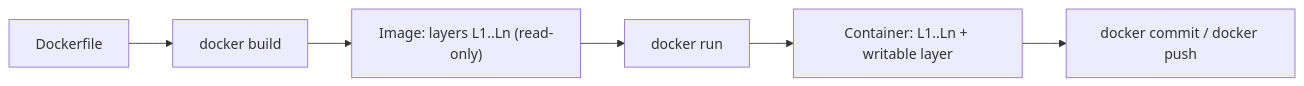
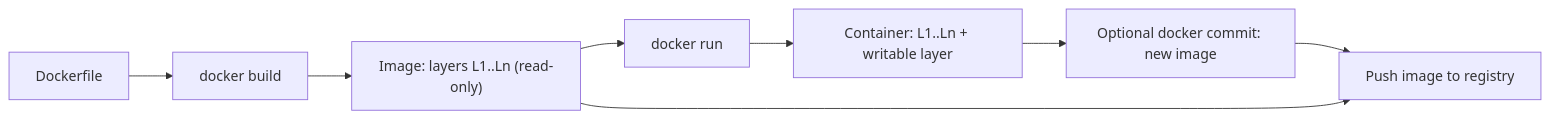
One commit to Prem-Duvvapu/cs-fundamentals-with-ui changed the first of 4 diagrams in content/devops/01-docker-fundamentals.md. Above: the diagram before and after it, drawn with Mermaid. The commit also changed other lines of this file and 51 other files, not shown here.

````diff
--- a/content/devops/01-docker-fundamentals.md
+++ b/content/devops/01-docker-fundamentals.md
@@ -85,8 +85,10 @@
 ```mermaid
 flowchart LR
     A["Dockerfile"] --> B["docker build"]
     B --> C["Image: layers L1..Ln (read-only)"]
     C --> D["docker run"]
     D --> E["Container: L1..Ln + writable layer"]
-    E --> F["docker commit / docker push"]
+    E --> F["Optional docker commit: new image"]
+    F --> G["Push image to registry"]
+    C --> G
 ```
````
